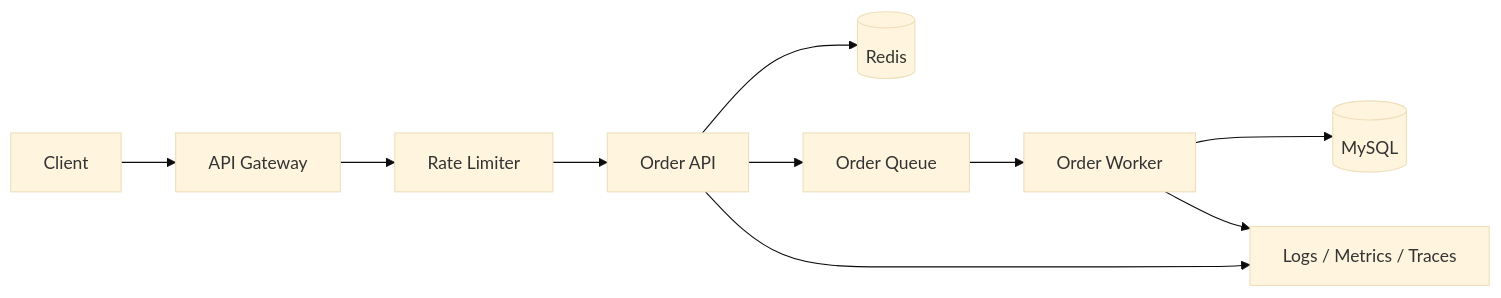
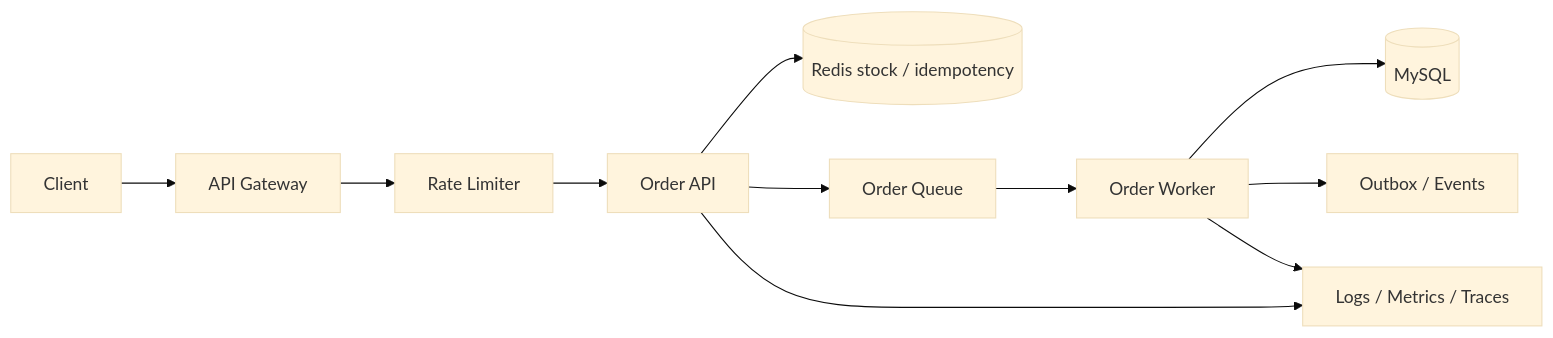
One commit to AmazingCaddy/readings-backend changed the first of 5 diagrams in docs/practice/high-concurrency-order-system.md. Above: the diagram before and after it, drawn with Mermaid (base theme). The commit also changed other lines of this file, not shown here.

````diff
--- a/docs/practice/high-concurrency-order-system.md
+++ b/docs/practice/high-concurrency-order-system.md
@@ -20,12 +48,13 @@
 ```mermaid
 flowchart LR
     C[Client] --> GW[API Gateway]
     GW --> RL[Rate Limiter]
     RL --> API[Order API]
-    API --> R[(Redis)]
+    API --> R[(Redis stock / idempotency)]
     API --> MQ[Order Queue]
     MQ --> W[Order Worker]
     W --> DB[(MySQL)]
+    W --> OUT[Outbox / Events]
     API --> OBS[Logs / Metrics / Traces]
     W --> OBS
 ```
````
